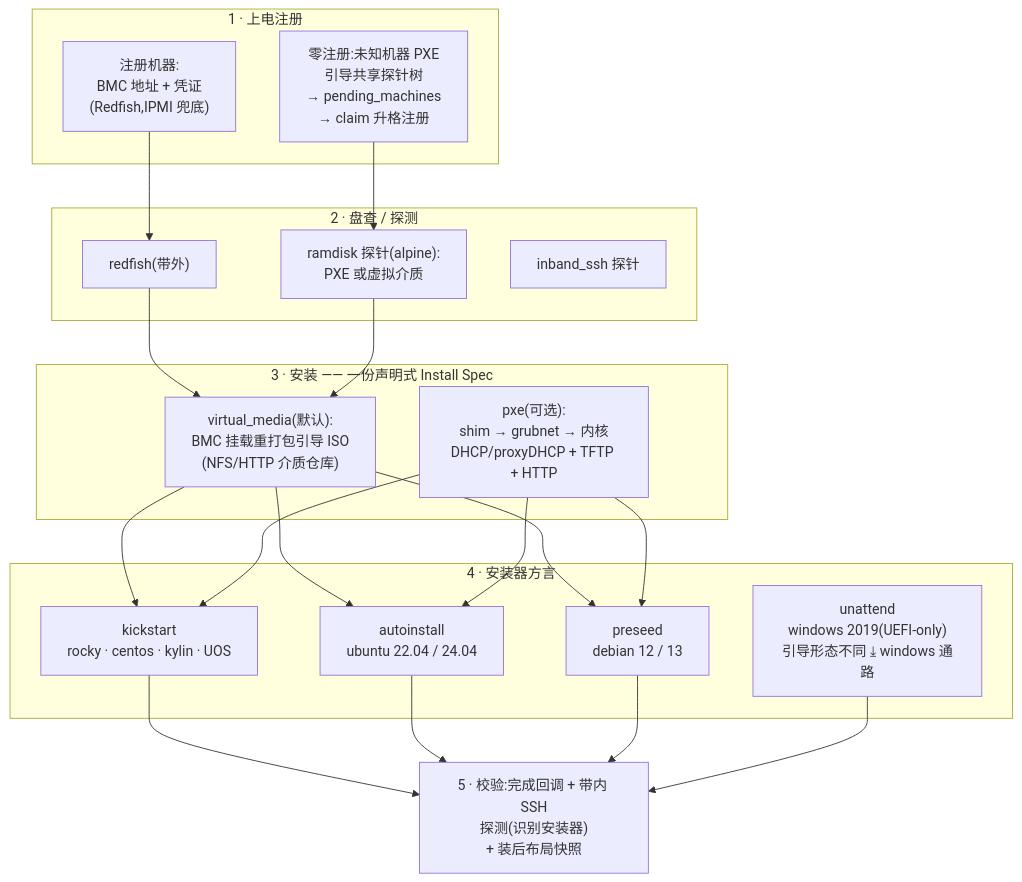
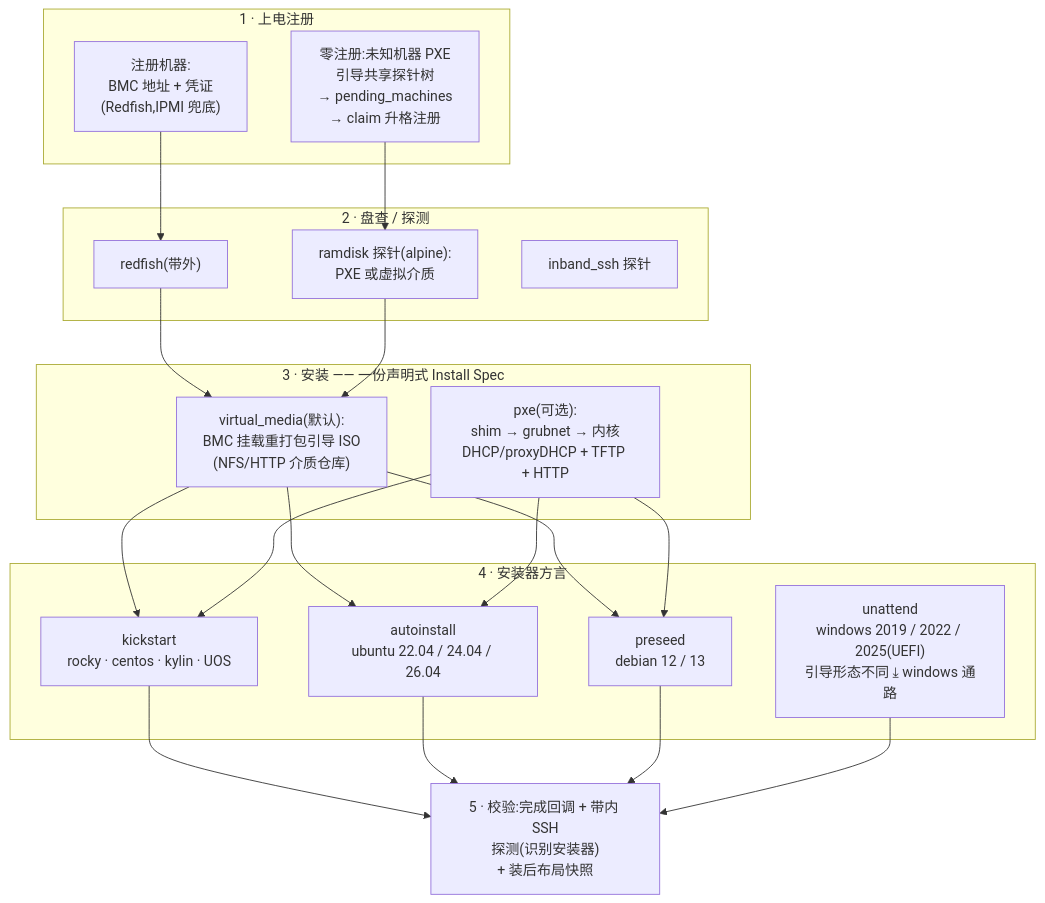
One commit to 3th1nk/mammoth changed the first of 3 diagrams in README.zh-CN.md. Above: the diagram before and after it, drawn with Mermaid. The commit also changed other lines of this file, not shown here.

Commit message:
docs(zh-CN): 中文版"一图看懂"同步 2026-10-29 战果——ubuntu 26.04 接入、windows 2022/2025 真机闭环(mermaid 方言图/适配矩阵/回归基线)

````diff
--- a/README.zh-CN.md
+++ b/README.zh-CN.md
@@ -98,37 +98,37 @@
 ```mermaid
 flowchart TD
     subgraph ON["1 · 上电注册"]
         reg["注册机器:<br/>BMC 地址 + 凭证<br/>(Redfish,IPMI 兜底)"]
         zr["零注册:未知机器 PXE<br/>引导共享探针树<br/>→ pending_machines<br/>→ claim 升格注册"]
     end
     subgraph INV["2 · 盘查 / 探测"]
         rf["redfish(带外)"]
         ram["ramdisk 探针(alpine):<br/>PXE 或虚拟介质"]
         ish["inband_ssh 探针"]
     end
     subgraph INS["3 · 安装 —— 一份声明式 Install Spec"]
         vm["virtual_media(默认):<br/>BMC 挂载重打包引导 ISO<br/>(NFS/HTTP 介质仓库)"]
         pxe["pxe(可选):<br/>shim → grubnet → 内核<br/>DHCP/proxyDHCP + TFTP + HTTP"]
     end
     subgraph DIA["4 · 安装器方言"]
         ks["kickstart<br/>rocky · centos · kylin · UOS"]
-        ai["autoinstall<br/>ubuntu 22.04 / 24.04"]
+        ai["autoinstall<br/>ubuntu 22.04 / 24.04 / 26.04"]
         ps["preseed<br/>debian 12 / 13"]
-        wu["unattend<br/>windows 2019(UEFI-only)<br/>引导形态不同 ⤓ windows 通路"]
+        wu["unattend<br/>windows 2019 / 2022 / 2025(UEFI)<br/>引导形态不同 ⤓ windows 通路"]
     end
     ver["5 · 校验:完成回调 + 带内 SSH<br/>探测(识别安装器)<br/>+ 装后布局快照"]
     reg --> rf
     zr --> ram
     rf --> vm
     ram --> vm
     vm --> ks
     vm --> ai
     vm --> ps
     pxe --> ks
     pxe --> ai
     pxe --> ps
     ks --> ver
     ai --> ver
     ps --> ver
     wu --> ver
 ```
````
